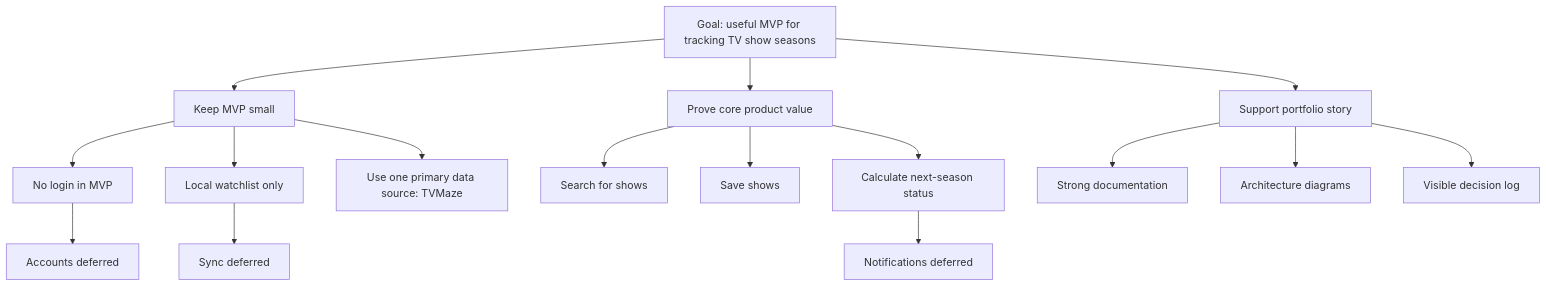
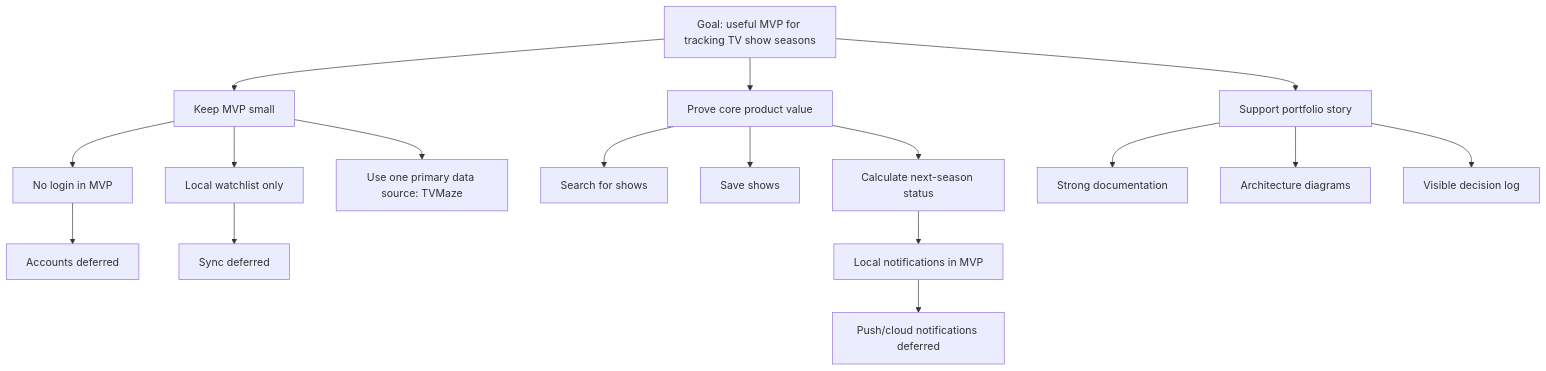
Before and after one commit to janineanne/NextSeason: the diagram in Documentation/MVP/Diagrams/08_decision_context.md, drawn with Mermaid. The commit also changed other lines of this file and 29 other files, not shown here.

````diff
--- a/Documentation/MVP/Diagrams/08_decision_context.md
+++ b/Documentation/MVP/Diagrams/08_decision_context.md
@@ -3,24 +3,25 @@
 ```mermaid
 flowchart TD
     Goal[Goal: useful MVP for tracking TV show seasons]
 
     Goal --> KeepSmall[Keep MVP small]
     Goal --> ProveValue[Prove core product value]
     Goal --> Portfolio[Support portfolio story]
 
     KeepSmall --> NoLogin[No login in MVP]
     KeepSmall --> LocalWatchlist[Local watchlist only]
     KeepSmall --> OneDataSource[Use one primary data source: TVMaze]
 
     ProveValue --> Search[Search for shows]
     ProveValue --> Save[Save shows]
     ProveValue --> Calculate[Calculate next-season status]
 
     Portfolio --> Docs[Strong documentation]
     Portfolio --> Diagrams[Architecture diagrams]
     Portfolio --> Decisions[Visible decision log]
 
     NoLogin --> FutureAccounts[Accounts deferred]
     LocalWatchlist --> FutureSync[Sync deferred]
-    Calculate --> FutureNotifications[Notifications deferred]
+    Calculate --> LocalNotifications[Local notifications in MVP]
+    LocalNotifications --> FuturePush[Push/cloud notifications deferred]
 ```
````
